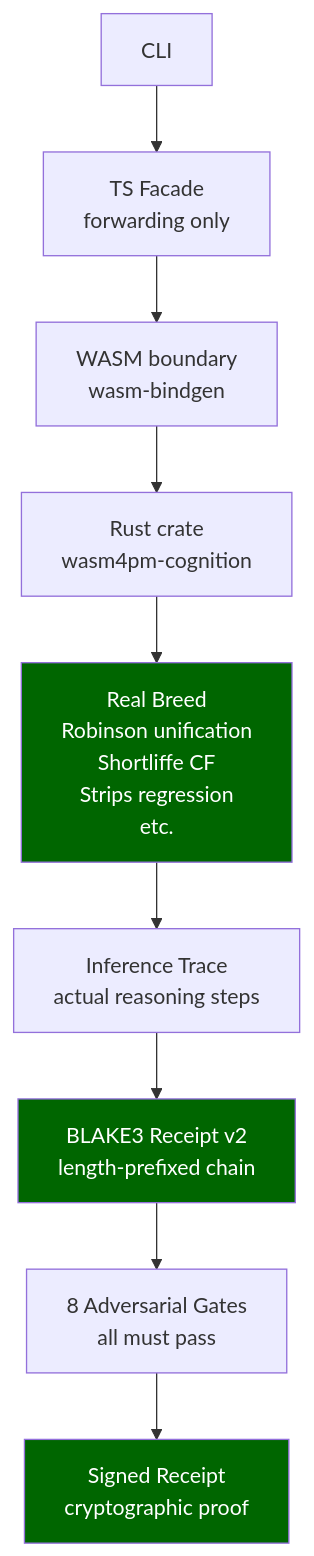
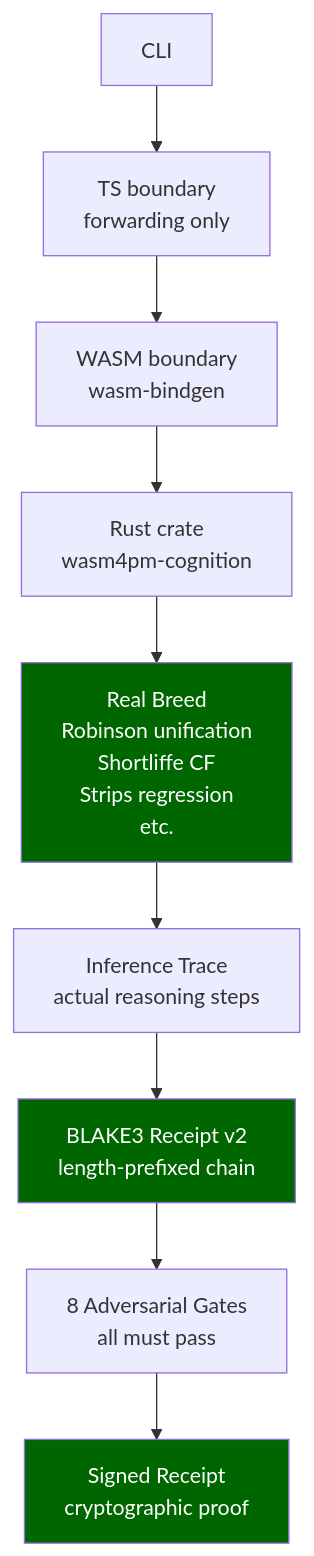
The third of 13 diagrams in docs_quarantine/ARCHIVE/ARCHITECTURE.md (seanchatmangpt/wasm4pm), drawn with Mermaid before and after one commit. The commit also changed other lines of this file and 418 other files, not shown here.

````diff
--- a/docs_quarantine/ARCHIVE/ARCHITECTURE.md
+++ b/docs_quarantine/ARCHIVE/ARCHITECTURE.md
@@ -42,15 +42,15 @@
 ```mermaid
 flowchart TD
-    CLI[CLI] --> TSFacade[TS Facade\nforwarding only]
-    TSFacade --> WASM[WASM boundary\nwasm-bindgen]
+    CLI[CLI] --> TSboundary[TS boundary\nforwarding only]
+    TSboundary --> WASM[WASM boundary\nwasm-bindgen]
     WASM --> RustCrate[Rust crate\nwasm4pm-cognition]
     RustCrate --> Breed[Real Breed\nRobinson unification\nShortliffe CF\nStrips regression\netc.]
     Breed --> InferenceTrace[Inference Trace\nactual reasoning steps]
     InferenceTrace --> BLAKE3[BLAKE3 Receipt v2\nlength-prefixed chain]
     BLAKE3 --> AdversarialGates[8 Adversarial Gates\nall must pass]
     AdversarialGates --> SignedReceipt[Signed Receipt\ncryptographic proof]
 
     style Breed fill:#060,color:#fff
     style BLAKE3 fill:#060,color:#fff
     style SignedReceipt fill:#060,color:#fff
 ```
````
